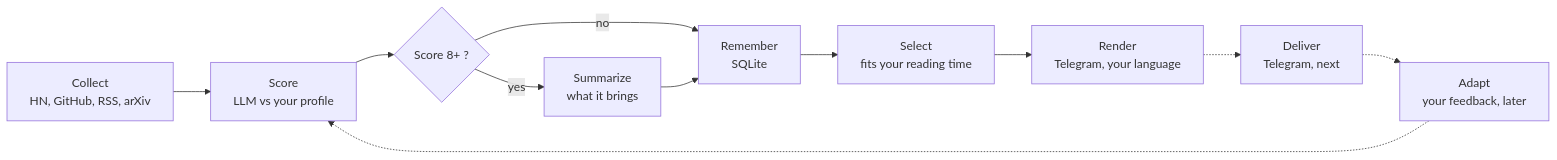
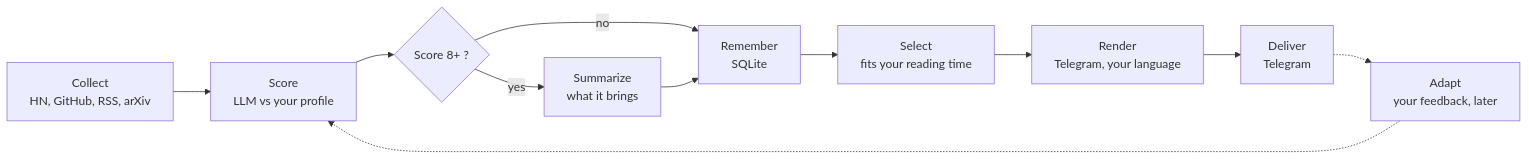
One commit to AntoineRb/tech_radar_agent changed the diagram in README.md. Above: the diagram before and after it, drawn with Mermaid. The commit also changed other lines of this file and 21 other files, not shown here.

````diff
--- a/README.md
+++ b/README.md
@@ -86,13 +86,13 @@
 ```mermaid
 flowchart LR
     A["Collect<br/>HN, GitHub, RSS, arXiv"] --> B["Score<br/>LLM vs your profile"]
     B --> C{"Score 8+ ?"}
     C -- "yes" --> D["Summarize<br/>what it brings"]
     C -- "no" --> M["Remember<br/>SQLite"]
     D --> M
     M --> S["Select<br/>fits your reading time"]
     S --> R["Render<br/>Telegram, your language"]
-    R -.-> E["Deliver<br/>Telegram, next"]
+    R --> E["Deliver<br/>Telegram"]
     E -.-> F["Adapt<br/>your feedback, later"]
     F -.-> B
 ```
````
